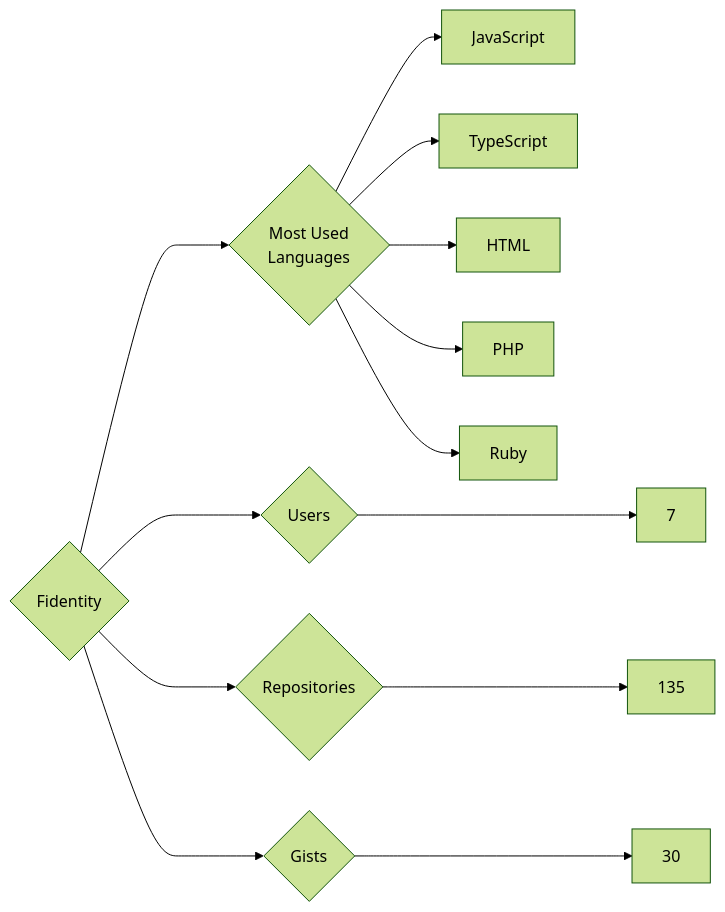
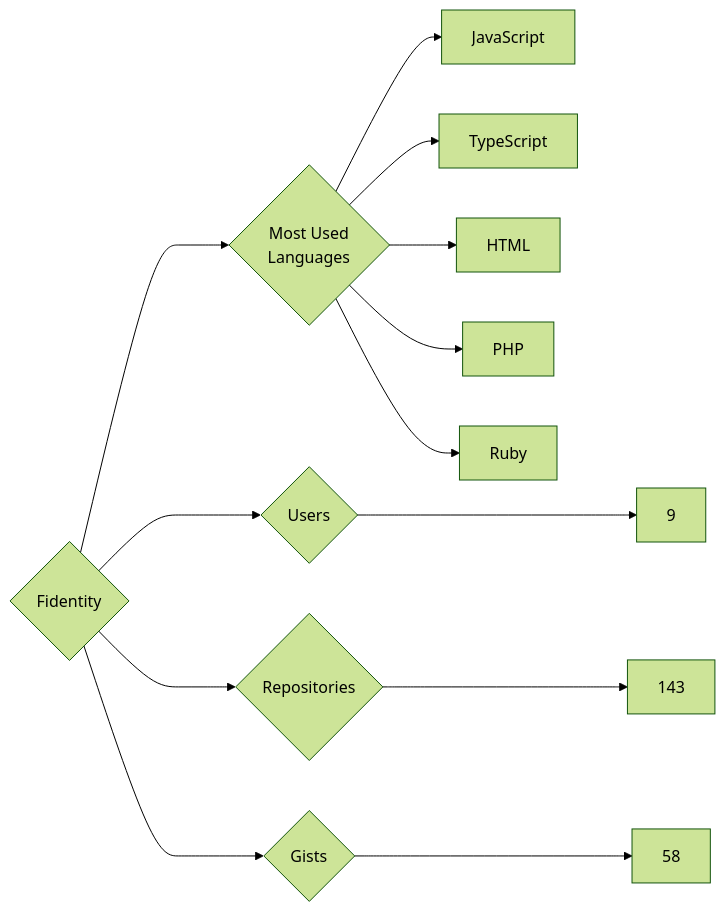
Before and after one commit to trickest/insiders: the diagram in targets/Fidentity/README.md, drawn with Mermaid (forest theme). The commit also changed 1167 other files, not shown here.

````diff
--- a/targets/Fidentity/README.md
+++ b/targets/Fidentity/README.md
@@ -3,13 +3,13 @@
 ```mermaid
 graph LR
 COMPANY_NAME{Fidentity}
-COMPANY_NAME ---> U{Users} ---> UN[7]
-COMPANY_NAME ---> R{Repositories} ---> RN[135]
-COMPANY_NAME ---> G{Gists} ---> GN[30]
+COMPANY_NAME ---> U{Users} ---> UN[9]
+COMPANY_NAME ---> R{Repositories} ---> RN[143]
+COMPANY_NAME ---> G{Gists} ---> GN[58]
 COMPANY_NAME ---> ML{Most Used<br>Languages}
 ML --> JavaScript[JavaScript]
 ML --> TypeScript[TypeScript]
 ML --> HTML[HTML]
 ML --> PHP[PHP]
 ML --> Ruby[Ruby]
 ```
````
